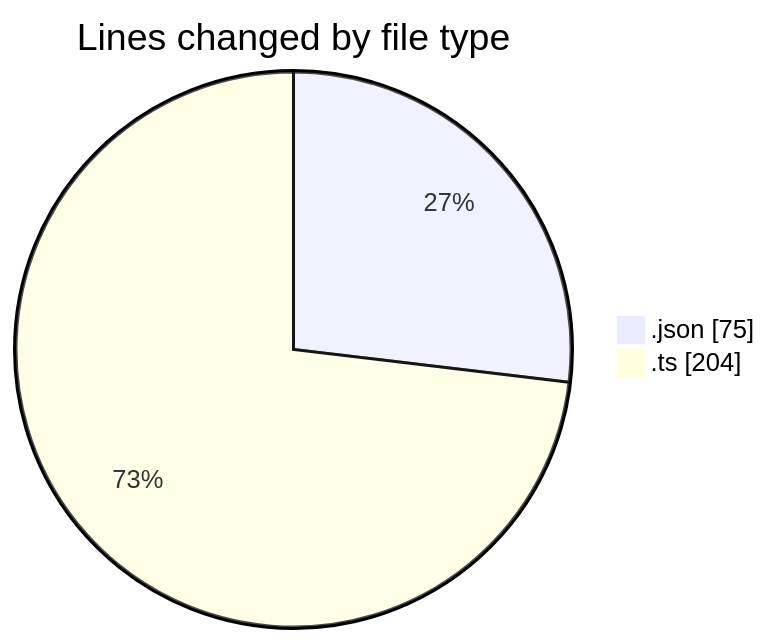
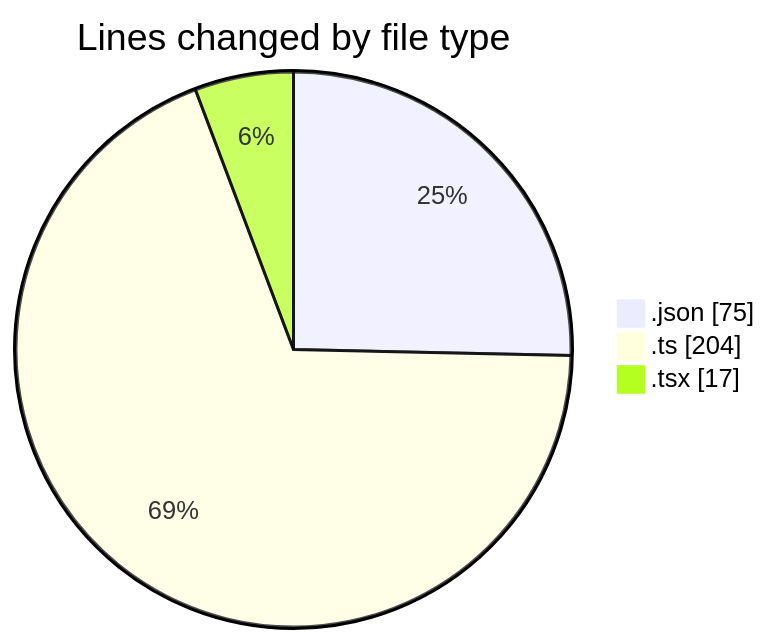
The first of 2 diagrams in 2026-04-21/ise-web-ofcom/README.md (momahboobian/code-tracking), drawn with Mermaid before and after one commit. The commit also changed other lines of this file and 1 other file, not shown here.

````diff
--- a/2026-04-21/ise-web-ofcom/README.md
+++ b/2026-04-21/ise-web-ofcom/README.md
@@ -23,6 +24,7 @@
 ```mermaid
 pie showData
 title Lines changed by file type
 ".json" : 75
 ".ts" : 204
+".tsx" : 17
 ```
````
